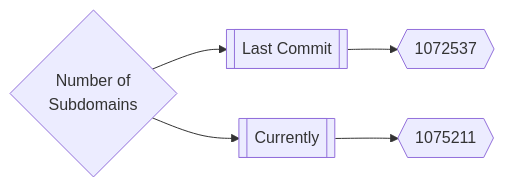
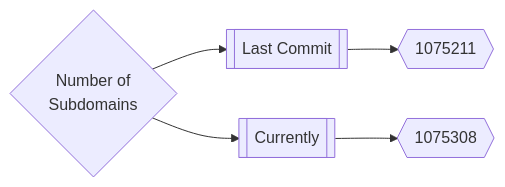
One commit to trickest/inventory changed the first of 3 diagrams in README.md. Above: the diagram before and after it, drawn with Mermaid. The commit also changed other lines of this file and 11 other files, not shown here.

````diff
--- a/README.md
+++ b/README.md
@@ -165,5 +165,5 @@
 ```mermaid
 graph LR
-title{Number of<br>Subdomains} --> subdomainsDate1[[Last Commit]] --> subdomainsNum1{{1072537}}
-title --> subdomainsDate2[[Currently]] --> subdomainsNum2{{1075211}}
+title{Number of<br>Subdomains} --> subdomainsDate1[[Last Commit]] --> subdomainsNum1{{1075211}}
+title --> subdomainsDate2[[Currently]] --> subdomainsNum2{{1075308}}
 ```
````
